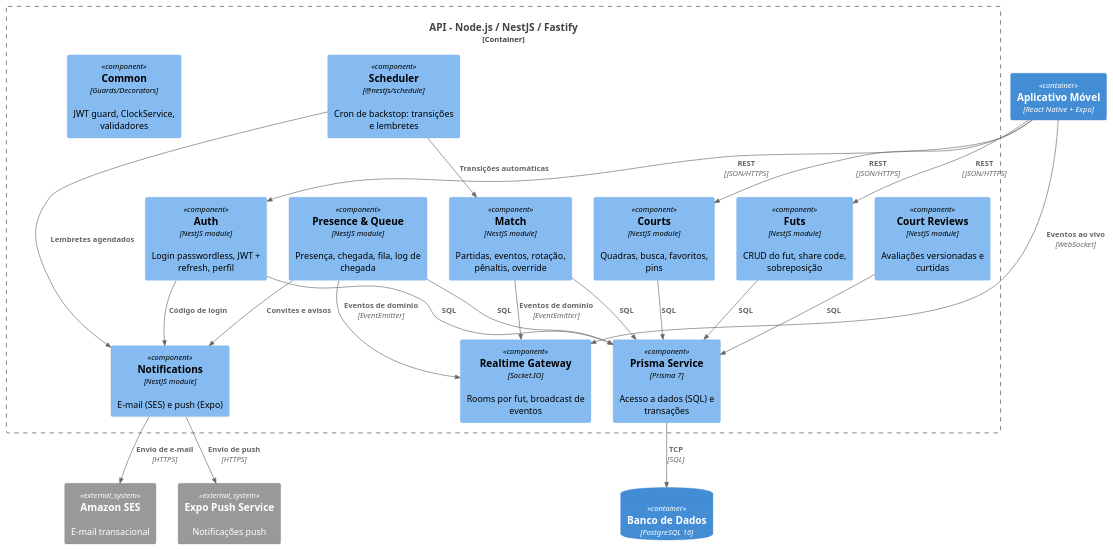
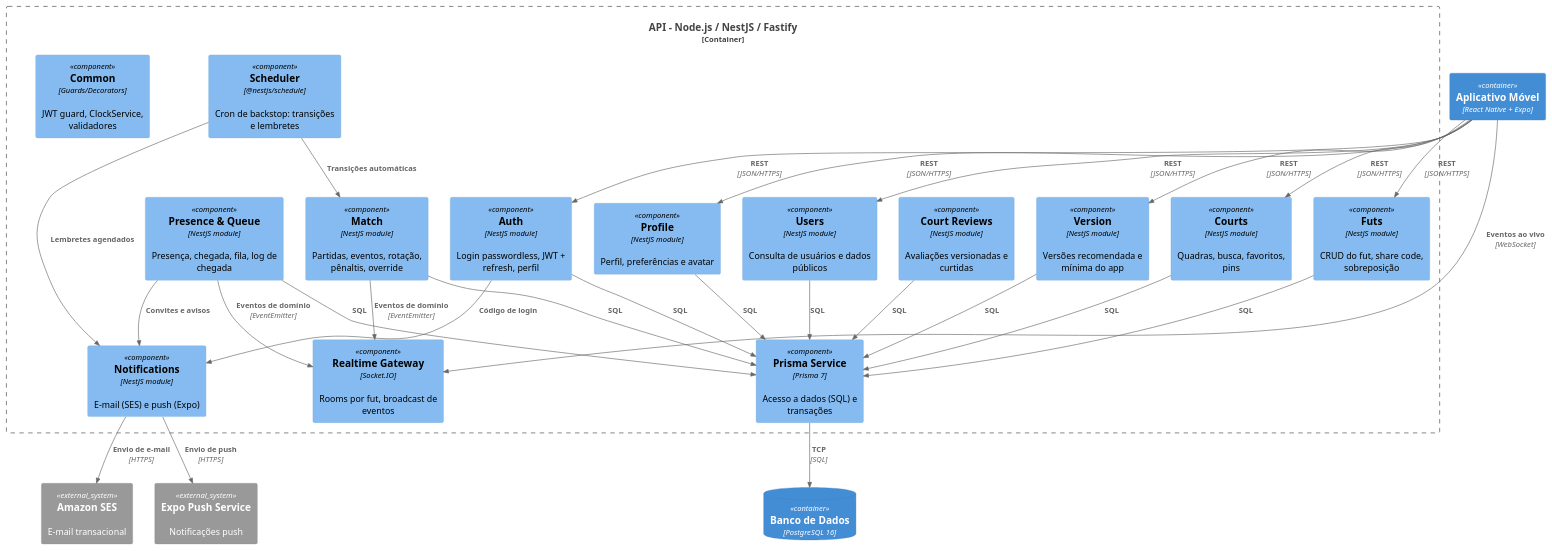
Before and after one commit to EhOMiguel/borafut-app-tcc: the third of 3 diagrams in specs-diagramas-banca.md, drawn with PlantUML. The commit also changed other lines of this file and 39 other files, not shown here.

````diff
--- a/specs-diagramas-banca.md
+++ b/specs-diagramas-banca.md
@@ -510,44 +549,53 @@
 ```plantuml
 @startuml
 !include https://raw.githubusercontent.com/plantuml-stdlib/C4-PlantUML/master/C4_Component.puml
 
 Container(app, "Aplicativo Móvel", "React Native + Expo", "")
 ContainerDb(db, "Banco de Dados", "PostgreSQL 16", "")
 System_Ext(ses, "Amazon SES", "E-mail transacional")
 System_Ext(push, "Expo Push Service", "Notificações push")
 
 Container_Boundary(api, "API - Node.js / NestJS / Fastify") {
   Component(auth, "Auth", "NestJS module", "Login passwordless, JWT + refresh, perfil")
+  Component(profile, "Profile", "NestJS module", "Perfil, preferências e avatar")
+  Component(users, "Users", "NestJS module", "Consulta de usuários e dados públicos")
+  Component(version, "Version", "NestJS module", "Versões recomendada e mínima do app")
   Component(courts, "Courts", "NestJS module", "Quadras, busca, favoritos, pins")
   Component(reviews, "Court Reviews", "NestJS module", "Avaliações versionadas e curtidas")
   Component(futs, "Futs", "NestJS module", "CRUD do fut, share code, sobreposição")
   Component(presence, "Presence & Queue", "NestJS module", "Presença, chegada, fila, log de chegada")
   Component(match, "Match", "NestJS module", "Partidas, eventos, rotação, pênaltis, override")
   Component(rt, "Realtime Gateway", "Socket.IO", "Rooms por fut, broadcast de eventos")
   Component(notif, "Notifications", "NestJS module", "E-mail (SES) e push (Expo)")
   Component(cron, "Scheduler", "@nestjs/schedule", "Cron de backstop: transições e lembretes")
   Component(prisma, "Prisma Service", "Prisma 7", "Acesso a dados (SQL) e transações")
   Component(common, "Common", "Guards/Decorators", "JWT guard, ClockService, validadores")
 }
 
 Rel(app, auth, "REST", "JSON/HTTPS")
+Rel(app, profile, "REST", "JSON/HTTPS")
+Rel(app, users, "REST", "JSON/HTTPS")
+Rel(app, version, "REST", "JSON/HTTPS")
 Rel(app, courts, "REST", "JSON/HTTPS")
 Rel(app, futs, "REST", "JSON/HTTPS")
 Rel(app, rt, "Eventos ao vivo", "WebSocket")
 Rel(auth, prisma, "SQL")
+Rel(profile, prisma, "SQL")
+Rel(users, prisma, "SQL")
+Rel(version, prisma, "SQL")
 Rel(courts, prisma, "SQL")
 Rel(reviews, prisma, "SQL")
 Rel(futs, prisma, "SQL")
 Rel(presence, prisma, "SQL")
 Rel(match, prisma, "SQL")
 Rel(prisma, db, "TCP", "SQL")
 Rel(presence, rt, "Eventos de domínio", "EventEmitter")
 Rel(match, rt, "Eventos de domínio", "EventEmitter")
 Rel(auth, notif, "Código de login")
 Rel(presence, notif, "Convites e avisos")
 Rel(cron, match, "Transições automáticas")
 Rel(cron, notif, "Lembretes agendados")
 Rel(notif, ses, "Envio de e-mail", "HTTPS")
 Rel(notif, push, "Envio de push", "HTTPS")
 @enduml
 ```
````
